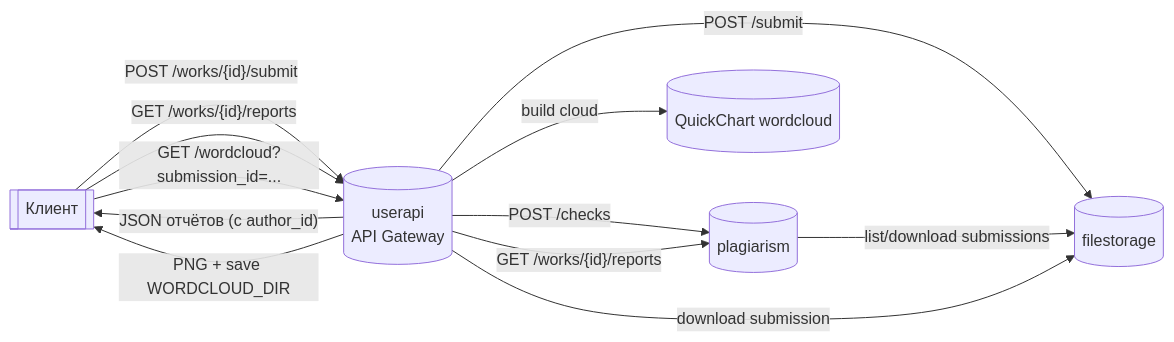
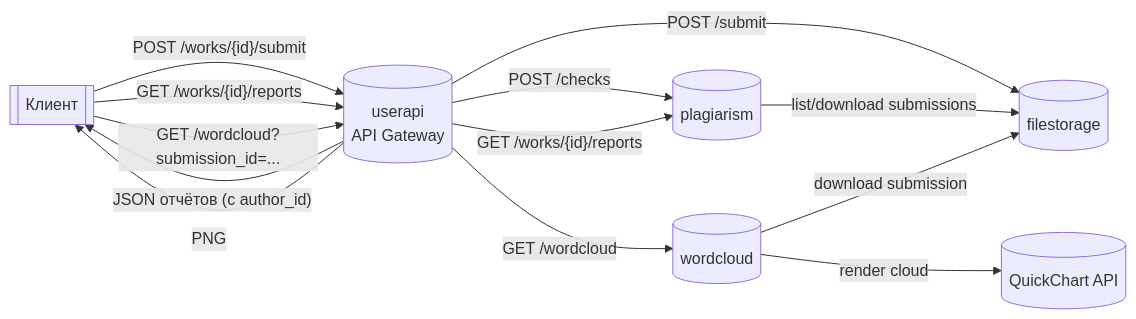
Before and after one commit to suprend/plagiarism-detection-service: the diagram in README.md, drawn with Mermaid. The commit also changed other lines of this file and 33 other files, not shown here.

````diff
--- a/README.md
+++ b/README.md
@@ -7,22 +7,24 @@
 ```mermaid
 flowchart LR
     Client[[Клиент]]
     UserAPI[(userapi<br/>API Gateway)]
     FS[(filestorage)]
     PL[(plagiarism)]
-    WC[(QuickChart wordcloud)]
+    WC[(wordcloud)]
+    QQ[(QuickChart API)]
 
     Client -- POST /works/{id}/submit --> UserAPI
     UserAPI -- POST /submit --> FS
     UserAPI -- POST /checks --> PL
 
     Client -- GET /works/{id}/reports --> UserAPI
     UserAPI -- GET /works/{id}/reports --> PL
     PL -- list/download submissions --> FS
     UserAPI -- JSON отчётов (с author_id) --> Client
 
     Client -- GET /wordcloud?submission_id=... --> UserAPI
-    UserAPI -- download submission --> FS
-    UserAPI -- build cloud --> WC
-    UserAPI -- PNG + save WORDCLOUD_DIR --> Client
+    UserAPI -- GET /wordcloud --> WC
+    WC -- download submission --> FS
+    WC -- render cloud --> QQ
+    UserAPI -- PNG --> Client
 ```
````
